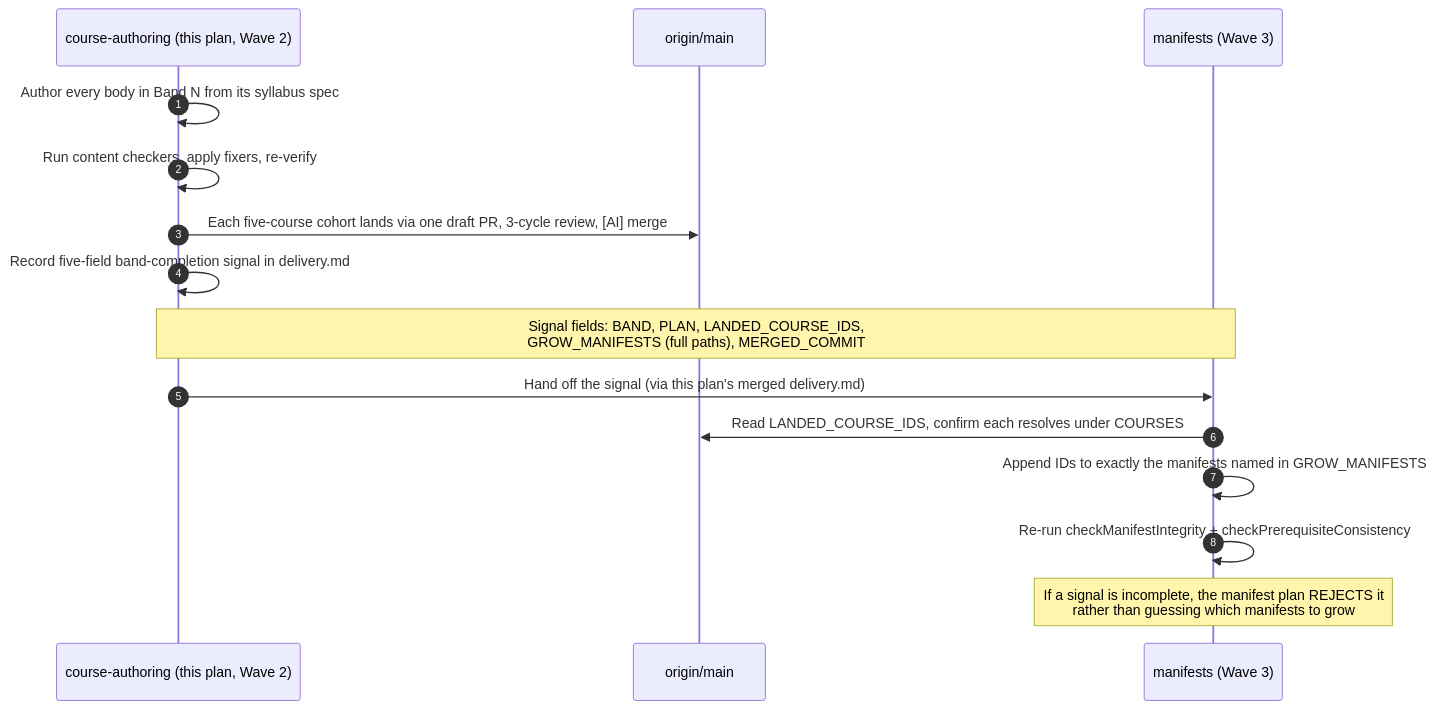
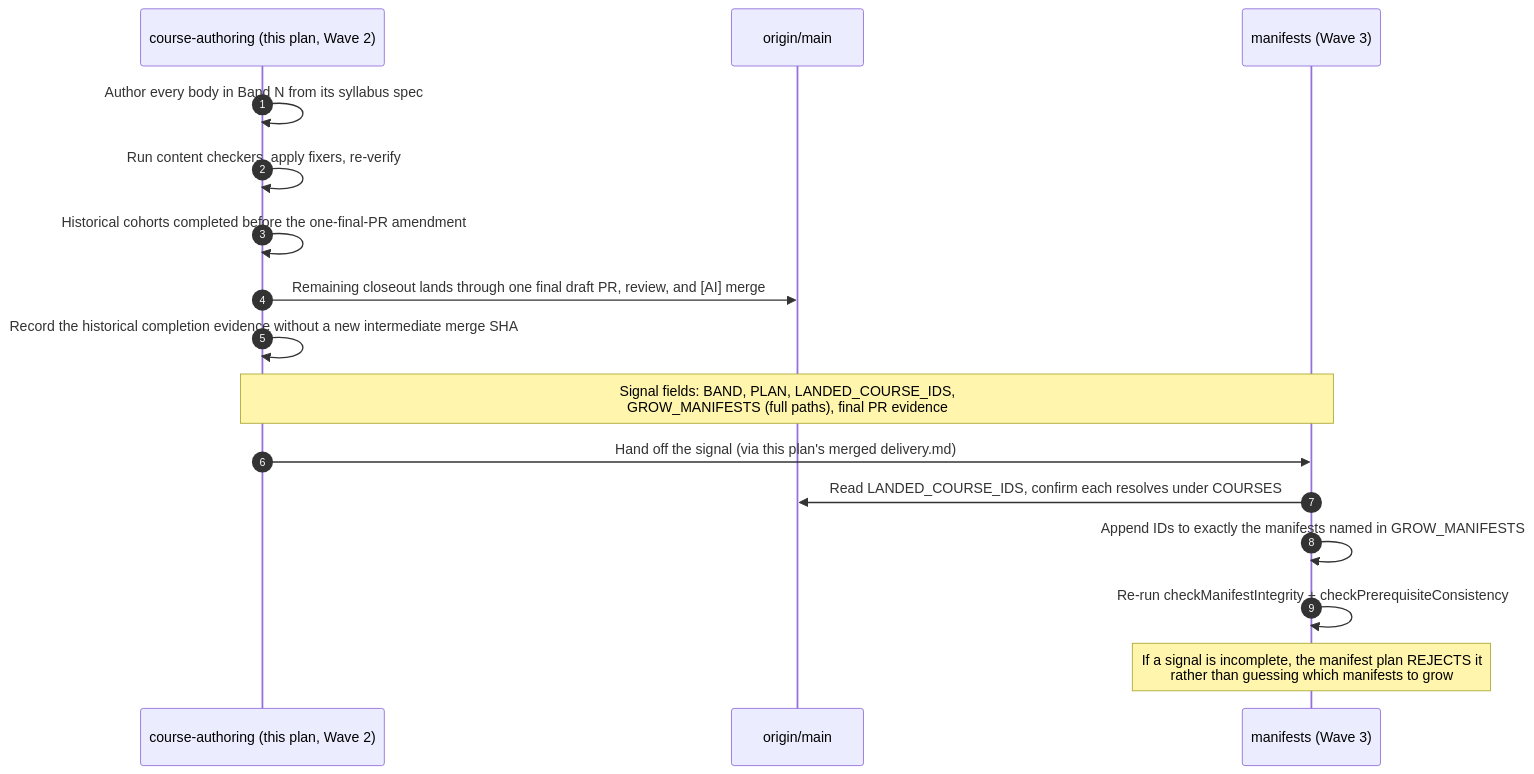
The fourth of 5 diagrams in plans/in-progress/ayokoding-learning-path-04-course-authoring/tech-docs.md (wahidyankf/open-sharia-fintech), drawn with Mermaid before and after one commit. The commit also changed other lines of this file and 49 other files, not shown here.

Commit message:
docs(plans): finalize ayokoding one-pr delivery

````diff
--- a/plans/in-progress/ayokoding-learning-path-04-course-authoring/tech-docs.md
+++ b/plans/in-progress/ayokoding-learning-path-04-course-authoring/tech-docs.md
@@ -355,19 +355,20 @@
 ```mermaid
 %% Order of operations across the two plans when a band lands.
 sequenceDiagram
     autonumber
     participant CA as course-authoring (this plan, Wave 2)
     participant Main as origin/main
     participant MF as manifests (Wave 3)
 
     CA->>CA: Author every body in Band N from its syllabus spec
     CA->>CA: Run content checkers, apply fixers, re-verify
-    CA->>Main: Each five-course cohort lands via one draft PR, 3-cycle review, [AI] merge
-    CA->>CA: Record five-field band-completion signal in delivery.md
-    Note over CA,MF: Signal fields: BAND, PLAN, LANDED_COURSE_IDS,<br/>GROW_MANIFESTS (full paths), MERGED_COMMIT
+    CA->>CA: Historical cohorts completed before the one-final-PR amendment
+    CA->>Main: Remaining closeout lands through one final draft PR, review, and [AI] merge
+    CA->>CA: Record the historical completion evidence without a new intermediate merge SHA
+    Note over CA,MF: Signal fields: BAND, PLAN, LANDED_COURSE_IDS,<br/>GROW_MANIFESTS (full paths), final PR evidence
     CA->>MF: Hand off the signal (via this plan's merged delivery.md)
     MF->>Main: Read LANDED_COURSE_IDS, confirm each resolves under COURSES
     MF->>MF: Append IDs to exactly the manifests named in GROW_MANIFESTS
     MF->>MF: Re-run checkManifestIntegrity + checkPrerequisiteConsistency
     Note over MF: If a signal is incomplete, the manifest plan REJECTS it<br/>rather than guessing which manifests to grow
 ```
````
